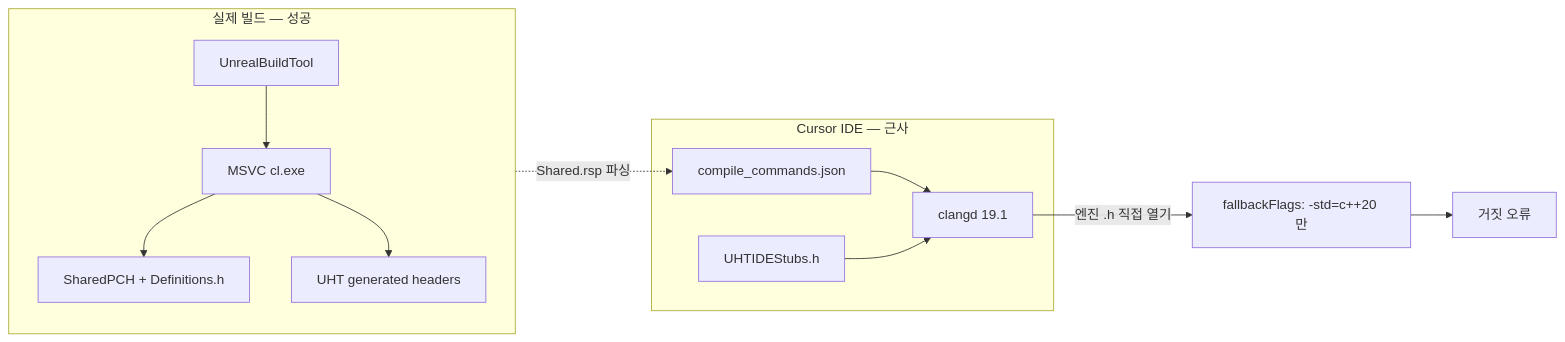
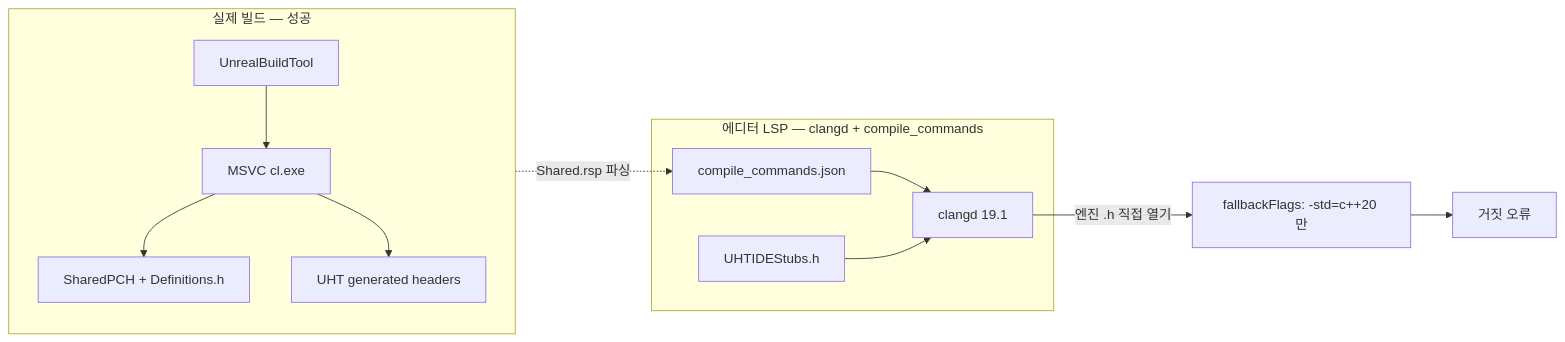
One commit to Parkyongseok1120/unreal-intellisense-cursor changed the first of 4 diagrams in docs/ue-clangd-error-analysis.ko.md. Above: the diagram before and after it, drawn with Mermaid. The commit also changed other lines of this file and 3 other files, not shown here.

````diff
--- a/docs/ue-clangd-error-analysis.ko.md
+++ b/docs/ue-clangd-error-analysis.ko.md
@@ -29,24 +29,24 @@
 ```mermaid
 flowchart LR
   subgraph build [실제 빌드 — 성공]
     UBT[UnrealBuildTool]
     MSVC[MSVC cl.exe]
     PCH[SharedPCH + Definitions.h]
     UHT[UHT generated headers]
     UBT --> MSVC
     MSVC --> PCH
     MSVC --> UHT
   end
 
-  subgraph ide [Cursor IDE — 근사]
+  subgraph ide [에디터 LSP — clangd + compile_commands]
     CC[compile_commands.json]
     Clangd[clangd 19.1]
     Stubs[UHTIDEStubs.h]
     CC --> Clangd
     Stubs --> Clangd
   end
 
   build -.->|"Shared.rsp 파싱"| CC
   Clangd -->|"엔진 .h 직접 열기"| Fallback["fallbackFlags: -std=c++20 만"]
   Fallback --> Errors[거짓 오류]
 ```
````
